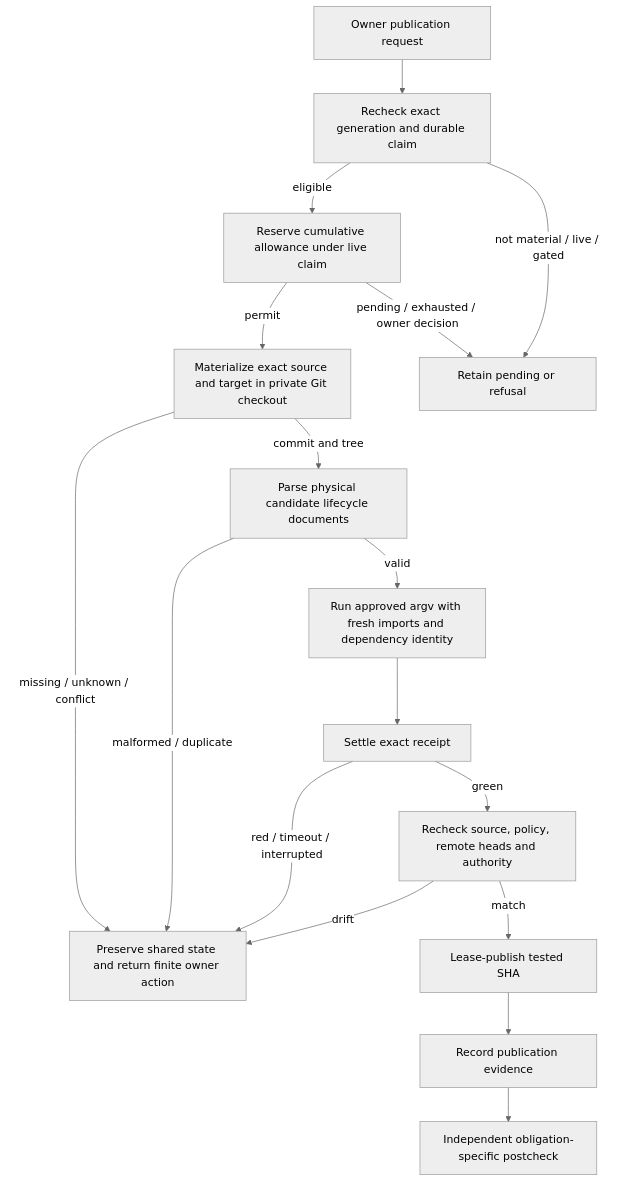
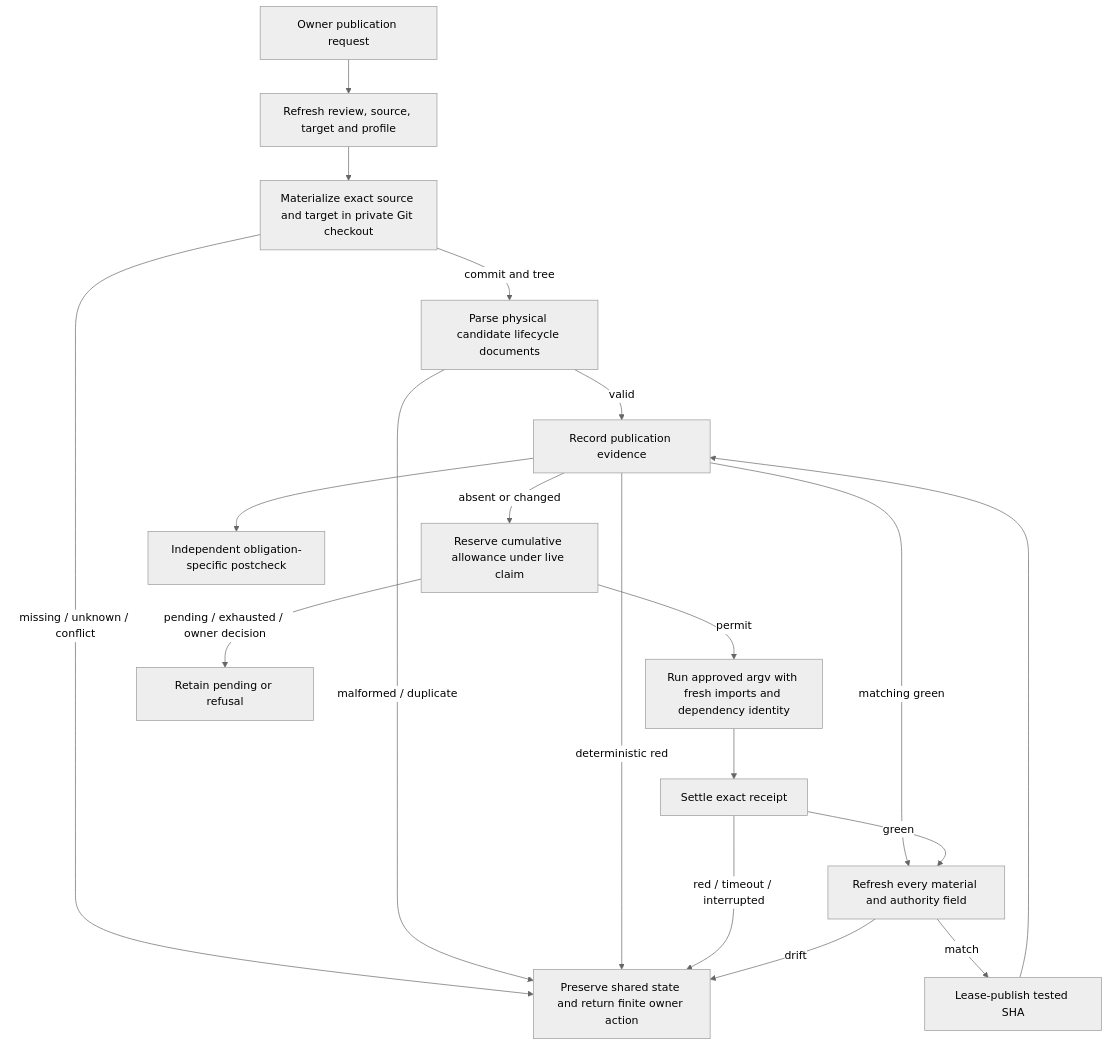
One commit to vincentc-b/CascadeCode changed the second of 7 diagrams in cascade/DESIGN.md. Above: the diagram before and after it, drawn with Mermaid (neutral theme). The commit also changed other lines of this file and 12 other files, not shown here.

First line of the commit message:
task/task_054_001_002: Bind exact candidate receipts to bounded review admission and publication

````diff
--- a/cascade/DESIGN.md
+++ b/cascade/DESIGN.md
@@ -277,19 +277,21 @@
 ```mermaid
 flowchart TD
-    Owner[Owner publication request] --> Generation[Recheck exact generation and durable claim]
-    Generation -->|eligible| Budget[Reserve cumulative allowance under live claim]
-    Budget -->|permit| Candidate[Materialize exact source and target in private Git checkout]
+    Owner[Owner publication request] --> Generation[Refresh review, source, target and profile]
+    Generation --> Candidate[Materialize exact source and target in private Git checkout]
     Candidate -->|missing / unknown / conflict| Preserve[Preserve shared state and return finite owner action]
     Candidate -->|commit and tree| Board[Parse physical candidate lifecycle documents]
     Board -->|malformed / duplicate| Preserve
-    Board -->|valid| Checks[Run approved argv with fresh imports and dependency identity]
+    Board -->|valid| Receipt{Exact durable receipt?}
+    Receipt -->|matching green| Recheck[Refresh every material and authority field]
+    Receipt -->|deterministic red| Preserve
+    Receipt -->|absent or changed| Budget[Reserve cumulative allowance under live claim]
+    Budget -->|permit| Checks[Run approved argv with fresh imports and dependency identity]
     Budget -->|pending / exhausted / owner decision| Pending[Retain pending or refusal]
-    Generation -->|not material / live / gated| Pending[Retain pending or refusal]
     Checks --> Settle[Settle exact receipt]
     Settle -->|red / timeout / interrupted| Preserve
-    Settle -->|green| Recheck[Recheck source, policy, remote heads and authority]
+    Settle -->|green| Recheck
     Recheck -->|match| Push[Lease-publish tested SHA]
     Recheck -->|drift| Preserve
     Push --> Receipt[Record publication evidence]
     Receipt --> Verify[Independent obligation-specific postcheck]
 ```
````
